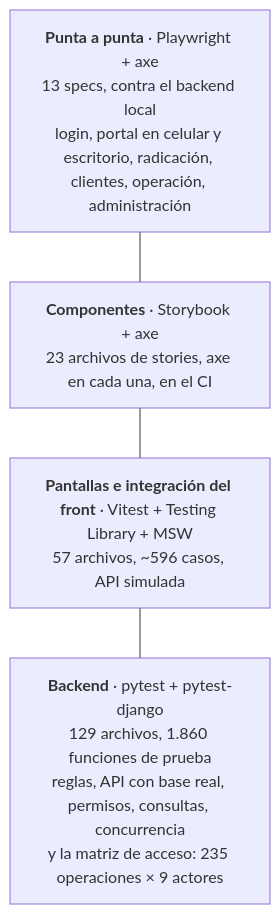
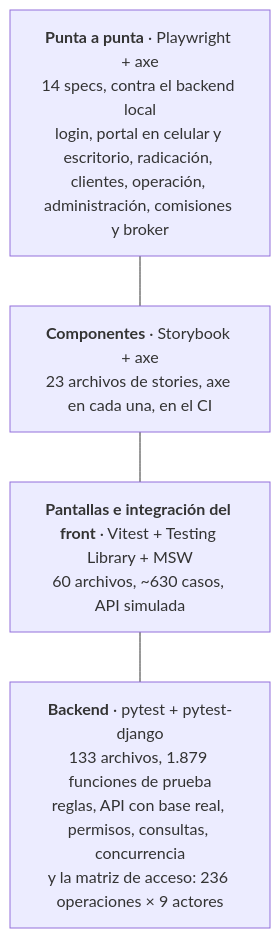
One commit to CarlosDev88/real-estate-credit-backoffice changed the first of 2 diagrams in docs/guia/09-calidad.md. Above: the diagram before and after it, drawn with Mermaid. The commit also changed other lines of this file and 14 other files, not shown here.

````diff
--- a/docs/guia/09-calidad.md
+++ b/docs/guia/09-calidad.md
@@ -24,8 +24,8 @@
 ```mermaid
 flowchart TB
-    e2e["<b>Punta a punta</b> · Playwright + axe<br/>13 specs, contra el backend local<br/>login, portal en celular y escritorio, radicación, clientes, operación, administración"]
+    e2e["<b>Punta a punta</b> · Playwright + axe<br/>14 specs, contra el backend local<br/>login, portal en celular y escritorio, radicación, clientes, operación, administración, comisiones y broker"]
     sb["<b>Componentes</b> · Storybook + axe<br/>23 archivos de stories, axe en cada una, en el CI"]
-    fe["<b>Pantallas e integración del front</b> · Vitest + Testing Library + MSW<br/>57 archivos, ~596 casos, API simulada"]
-    be["<b>Backend</b> · pytest + pytest-django<br/>129 archivos, 1.860 funciones de prueba<br/>reglas, API con base real, permisos, consultas, concurrencia<br/>y la matriz de acceso: 235 operaciones × 9 actores"]
+    fe["<b>Pantallas e integración del front</b> · Vitest + Testing Library + MSW<br/>60 archivos, ~630 casos, API simulada"]
+    be["<b>Backend</b> · pytest + pytest-django<br/>133 archivos, 1.879 funciones de prueba<br/>reglas, API con base real, permisos, consultas, concurrencia<br/>y la matriz de acceso: 236 operaciones × 9 actores"]
     e2e --- sb --- fe --- be
 ```
````
